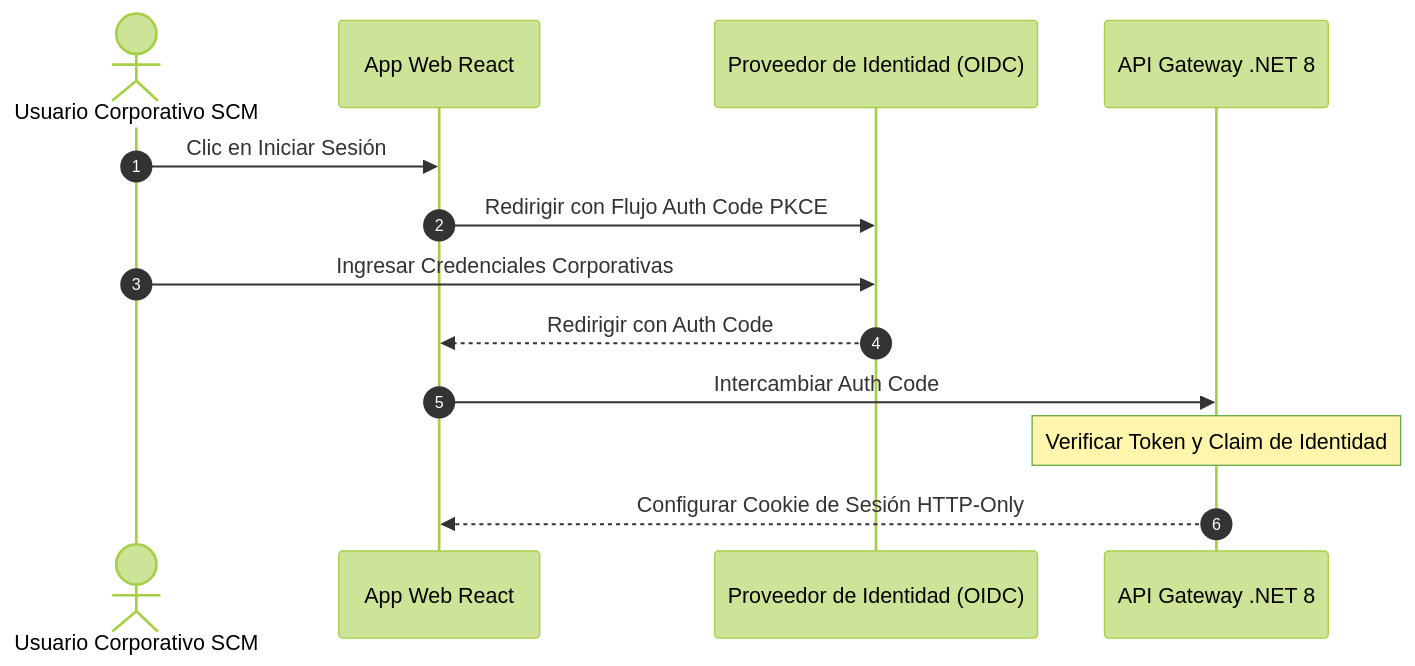
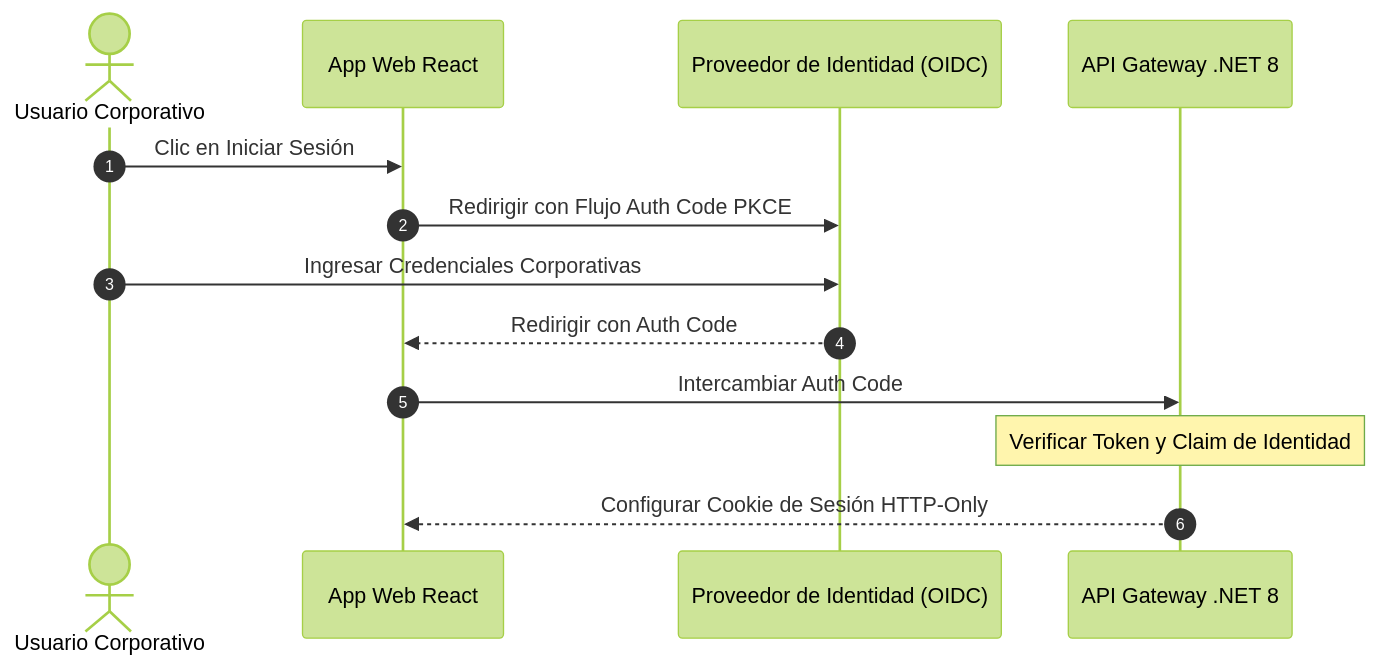
One commit to beyondnetcode/ums changed the diagram in src/ums-workspace/docs/es/01-requirements/functional-stories/fs-01-user-authentication.md. Above: the diagram before and after it, drawn with Mermaid (forest theme). The commit also changed other lines of this file and 132 other files, not shown here.

````diff
--- a/src/ums-workspace/docs/es/01-requirements/functional-stories/fs-01-user-authentication.md
+++ b/src/ums-workspace/docs/es/01-requirements/functional-stories/fs-01-user-authentication.md
@@ -20,16 +20,16 @@
 ```mermaid
 sequenceDiagram
     autonumber
-    actor User as Usuario Corporativo SCM
+    actor User as Usuario Corporativo
     participant Web as App Web React
     participant IdP as Proveedor de Identidad (OIDC)
     participant API as API Gateway .NET 8
 
     User->>Web: Clic en Iniciar Sesión
     Web->>IdP: Redirigir con Flujo Auth Code PKCE
     User->>IdP: Ingresar Credenciales Corporativas
     IdP-->>Web: Redirigir con Auth Code
     Web->>API: Intercambiar Auth Code
     Note over API: Verificar Token y Claim de Identidad
     API-->>Web: Configurar Cookie de Sesión HTTP-Only
 ```
````
